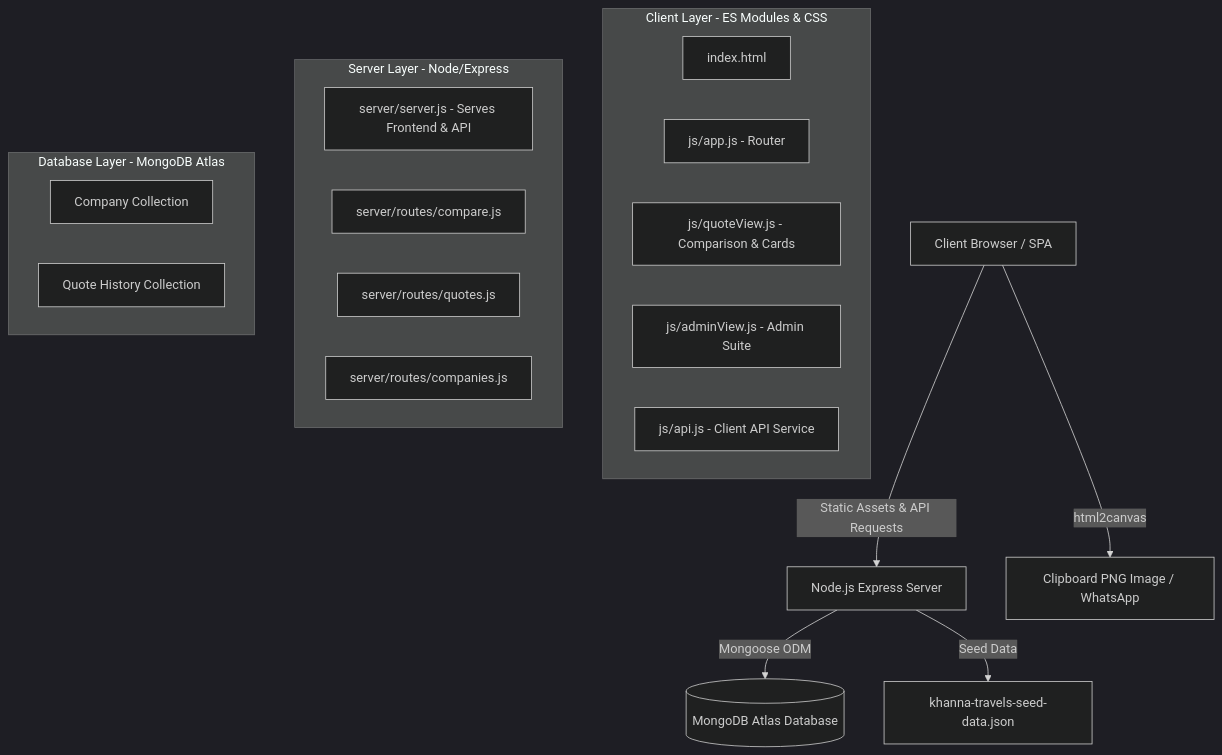
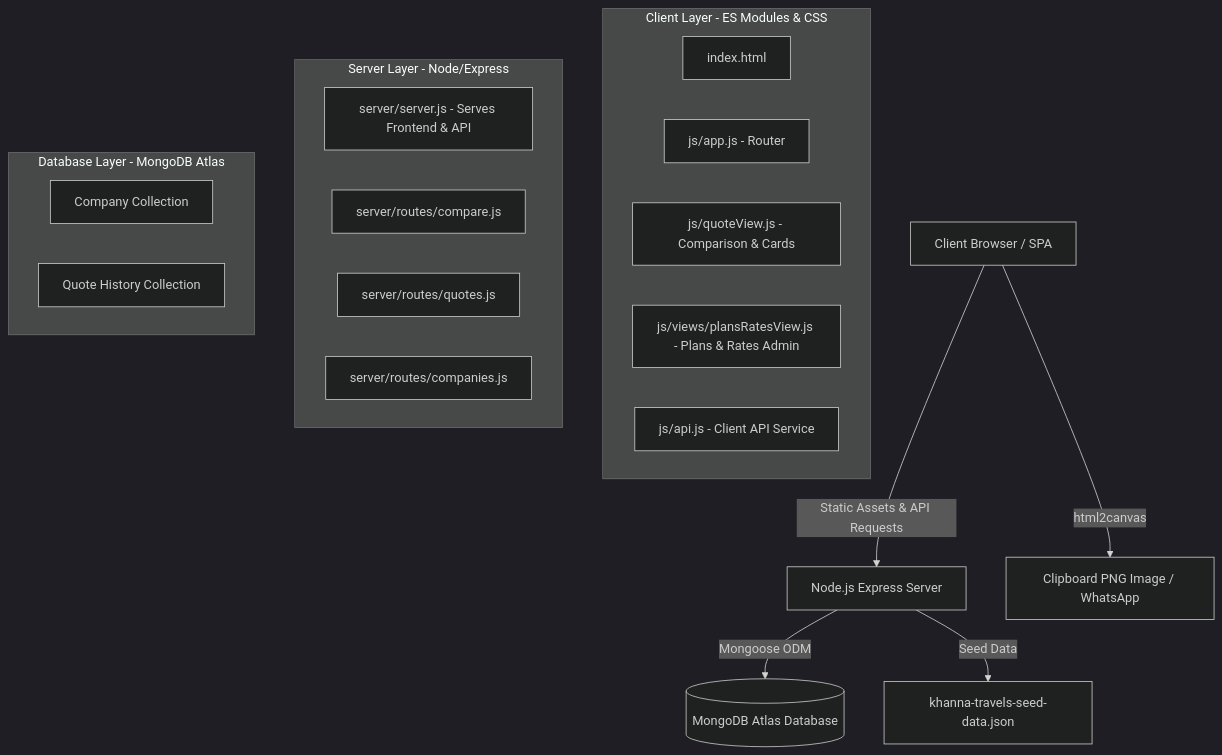
Before and after one commit to akritivishwakarma2007/Khanna-Travels---Qoutation: the diagram in PROJECT_DOCUMENTATION.md, drawn with Mermaid (dark theme). The commit also changed other lines of this file and 2 other files, not shown here.

Commit message:
docs: update architecture references to remove obsolete legacy views and assets

````diff
--- a/PROJECT_DOCUMENTATION.md
+++ b/PROJECT_DOCUMENTATION.md
@@ -24,27 +24,27 @@
 ```mermaid
 graph TD
     A[Client Browser / SPA] -->|Static Assets & API Requests| B[Node.js Express Server]
     B -->|Mongoose ODM| C[(MongoDB Atlas Database)]
     A -->|html2canvas| D[Clipboard PNG Image / WhatsApp]
     B -->|Seed Data| E[khanna-travels-seed-data.json]
     
     subgraph Frontend [Client Layer - ES Modules & CSS]
         A1[index.html]
         A2[js/app.js - Router]
         A3[js/quoteView.js - Comparison & Cards]
-        A4[js/adminView.js - Admin Suite]
+        A4[js/views/plansRatesView.js - Plans & Rates Admin]
         A5[js/api.js - Client API Service]
     end
 
     subgraph Backend [Server Layer - Node/Express]
         B1[server/server.js - Serves Frontend & API]
         B2[server/routes/compare.js]
         B3[server/routes/quotes.js]
         B4[server/routes/companies.js]
     end
 
     subgraph Database [Database Layer - MongoDB Atlas]
         C1[Company Collection]
         C2[Quote History Collection]
     end
 ```
````
